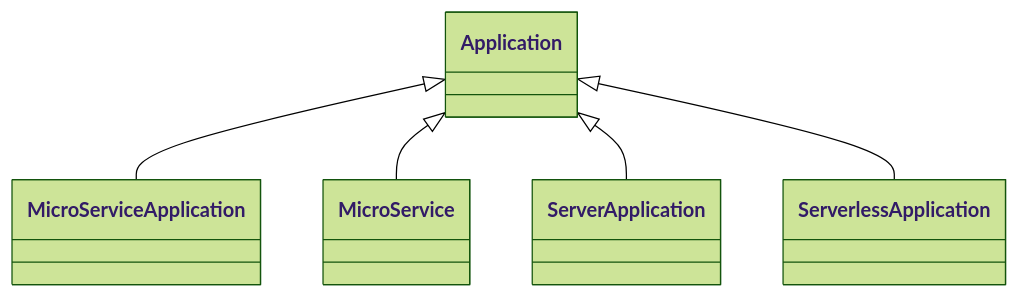
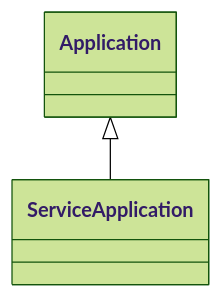
One commit to oasis-open/tosca-community-contributions changed the diagram in profiles/community/tosca/abstract/application/README.md. Above: the diagram before and after it, drawn with Mermaid (forest theme). The commit also changed other lines of this file and 5 other files, not shown here.

````diff
--- a/profiles/community/tosca/abstract/application/README.md
+++ b/profiles/community/tosca/abstract/application/README.md
@@ -8,7 +8,4 @@
 ```mermaid
 classDiagram
-    Application <|-- MicroServiceApplication
-    Application <|-- MicroService
-    Application <|-- ServerApplication
-    Application <|-- ServerlessApplication
+    Application <|-- ServiceApplication
 ```
````
